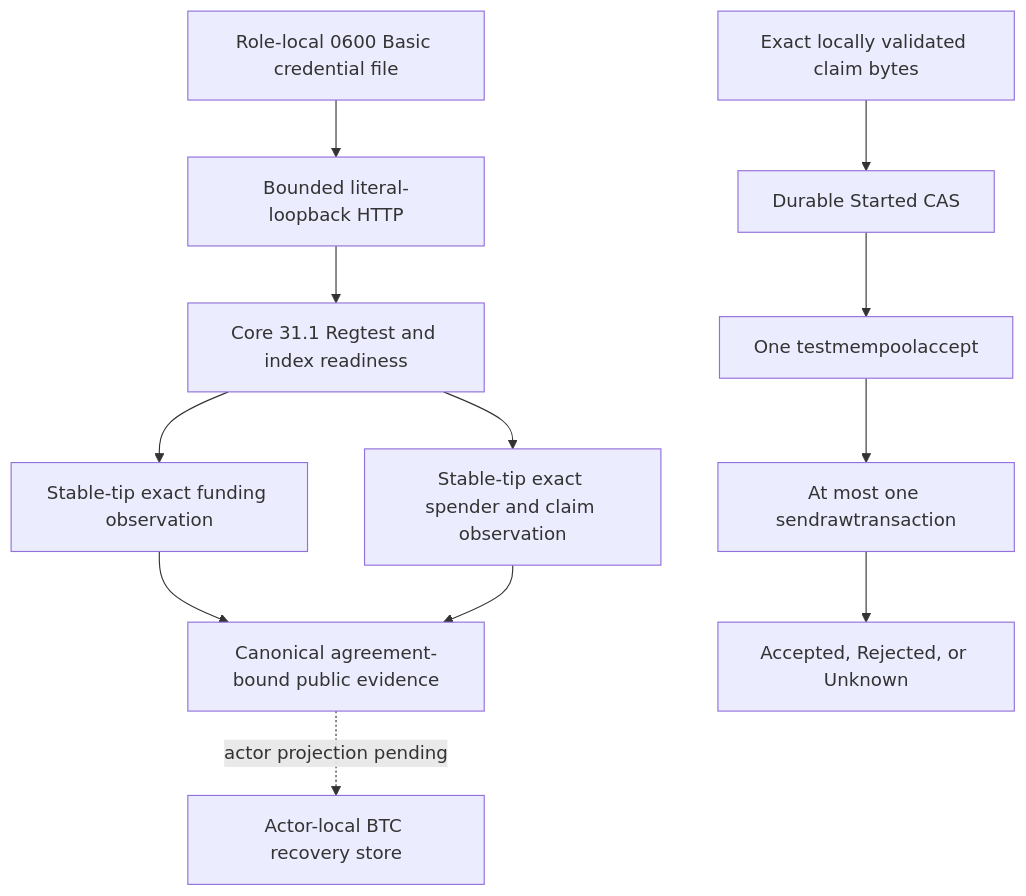
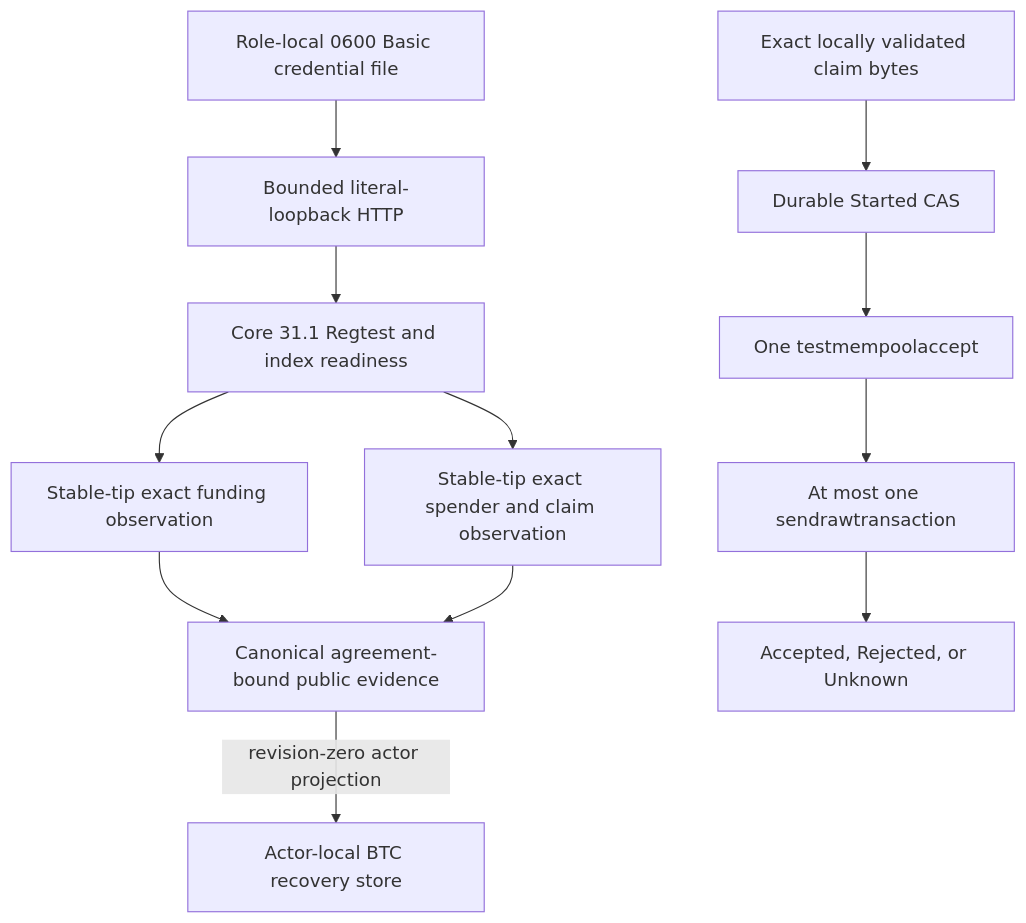
The third of 6 diagrams in docs/architecture/0029-m3-bitcoin-local-poc-entry.md (gateway-fm/lez-atomic-swaps), drawn with Mermaid before and after one commit. The commit also changed other lines of this file and 17 other files, not shown here.

````diff
--- a/docs/architecture/0029-m3-bitcoin-local-poc-entry.md
+++ b/docs/architecture/0029-m3-bitcoin-local-poc-entry.md
@@ -192,14 +194,14 @@
 ```mermaid
 flowchart TD
     Basic["Role-local 0600 Basic credential file"] --> Http["Bounded literal-loopback HTTP"]
     Http --> Ready["Core 31.1 Regtest and index readiness"]
     Ready --> Funding["Stable-tip exact funding observation"]
     Ready --> Claim["Stable-tip exact spender and claim observation"]
     Funding --> Codec["Canonical agreement-bound public evidence"]
     Claim --> Codec
-    Codec -. actor projection pending .-> RecoveryStore["Actor-local BTC recovery store"]
+    Codec -->|"revision-zero actor projection"| RecoveryStore["Actor-local BTC recovery store"]
     Signed["Exact locally validated claim bytes"] --> Started["Durable Started CAS"]
     Started --> Policy["One testmempoolaccept"]
     Policy --> Broadcast["At most one sendrawtransaction"]
     Broadcast --> Outcome["Accepted, Rejected, or Unknown"]
 ```
````
